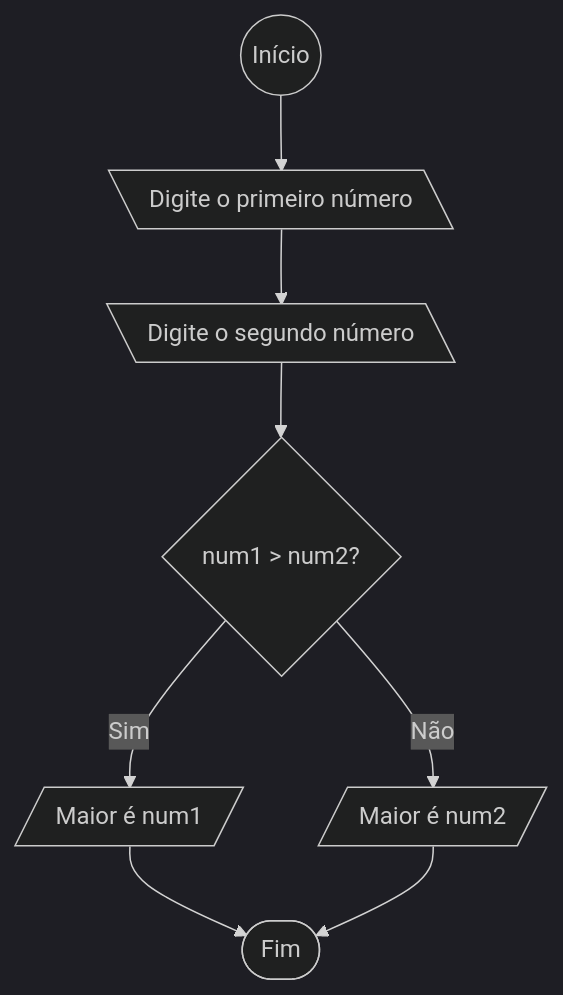
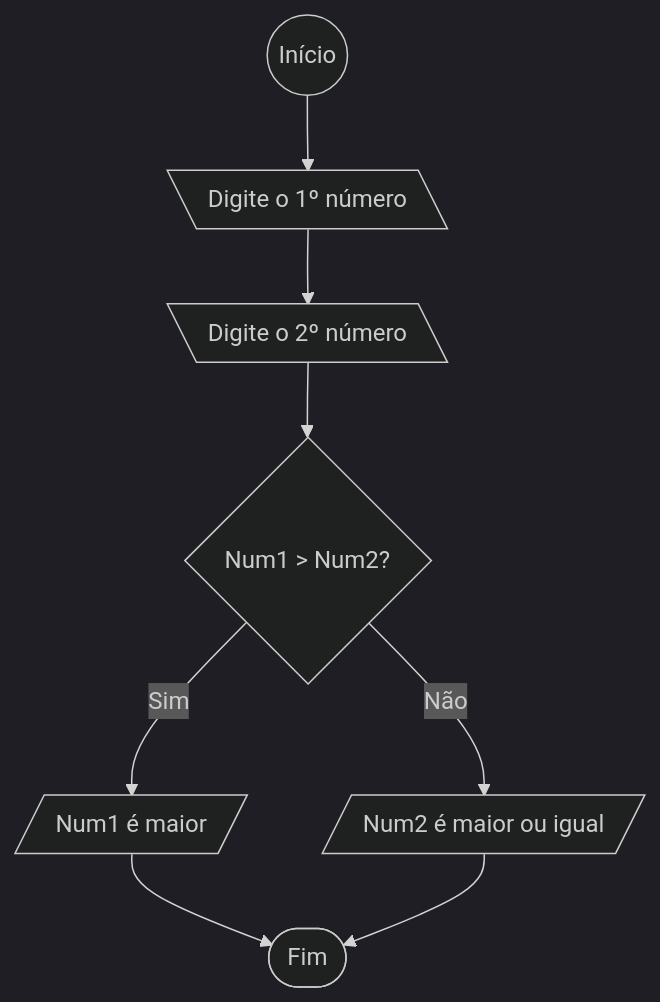
Before and after one commit to gabrrkl7/LP_SENAI: the sixth of 10 diagrams in lista_de_exercicios/LP_Lista_01/README.md, drawn with Mermaid (dark theme). The commit also changed other lines of this file and 21 other files, not shown here.

````diff
--- a/lista_de_exercicios/LP_Lista_01/README.md
+++ b/lista_de_exercicios/LP_Lista_01/README.md
@@ -82,10 +83,10 @@
    ```mermaid
    flowchart TD
-       start(( Início )) --> input1[\ Digite o primeiro número \]
-       input1 --> input2[\ Digite o segundo número \]
-       input2 --> verification{num1 > num2?}
-       verification --> |Sim| A[/ Maior é num1 /]
-       verification --> |Não| B[/ Maior é num2 /]
-       A --> finish([ Fim ])
-       B --> finish
+        start(( Início )) --> input1[\ Digite o 1º número \]
+        input1 --> input2[\ Digite o 2º número \]
+        input2 --> check{ Num1 > Num2? }
+        check --> |Sim| maior1[/ Num1 é maior /]
+        check --> |Não| maior2[/ Num2 é maior ou igual /]
+        maior1 --> fim([ Fim ])
+        maior2 --> fim
    ```
````
